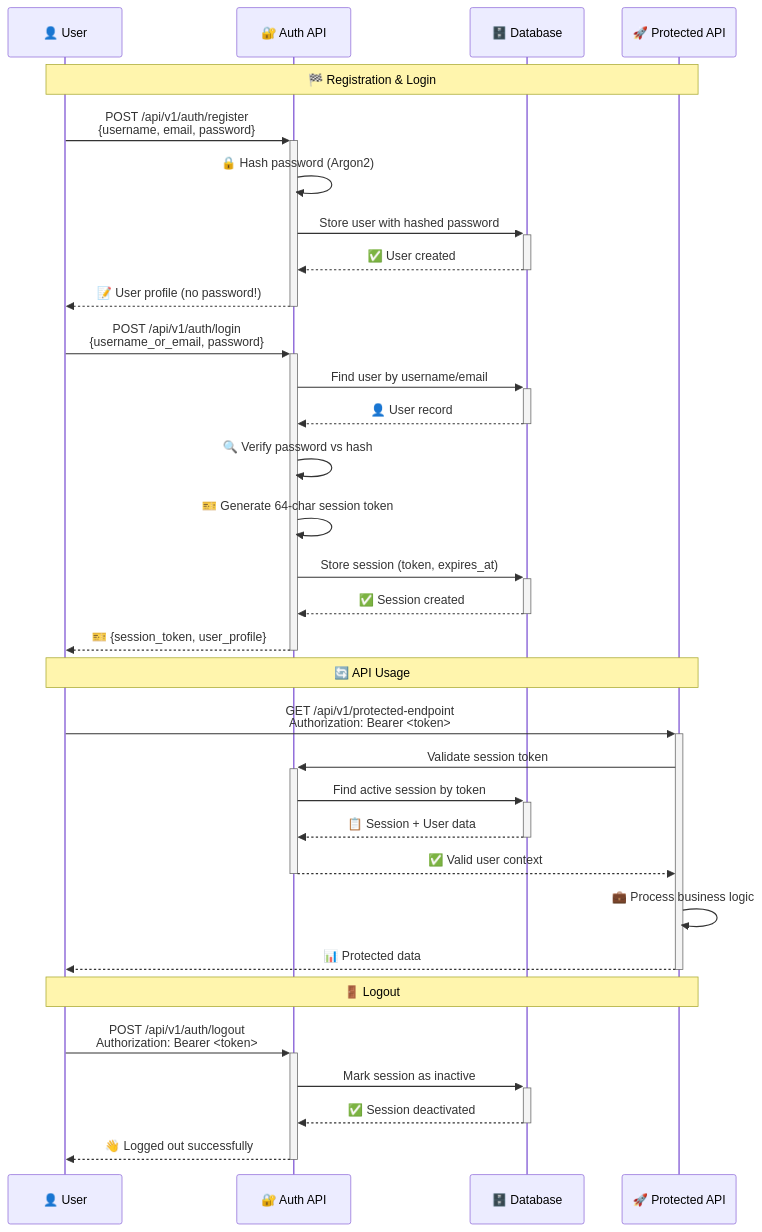
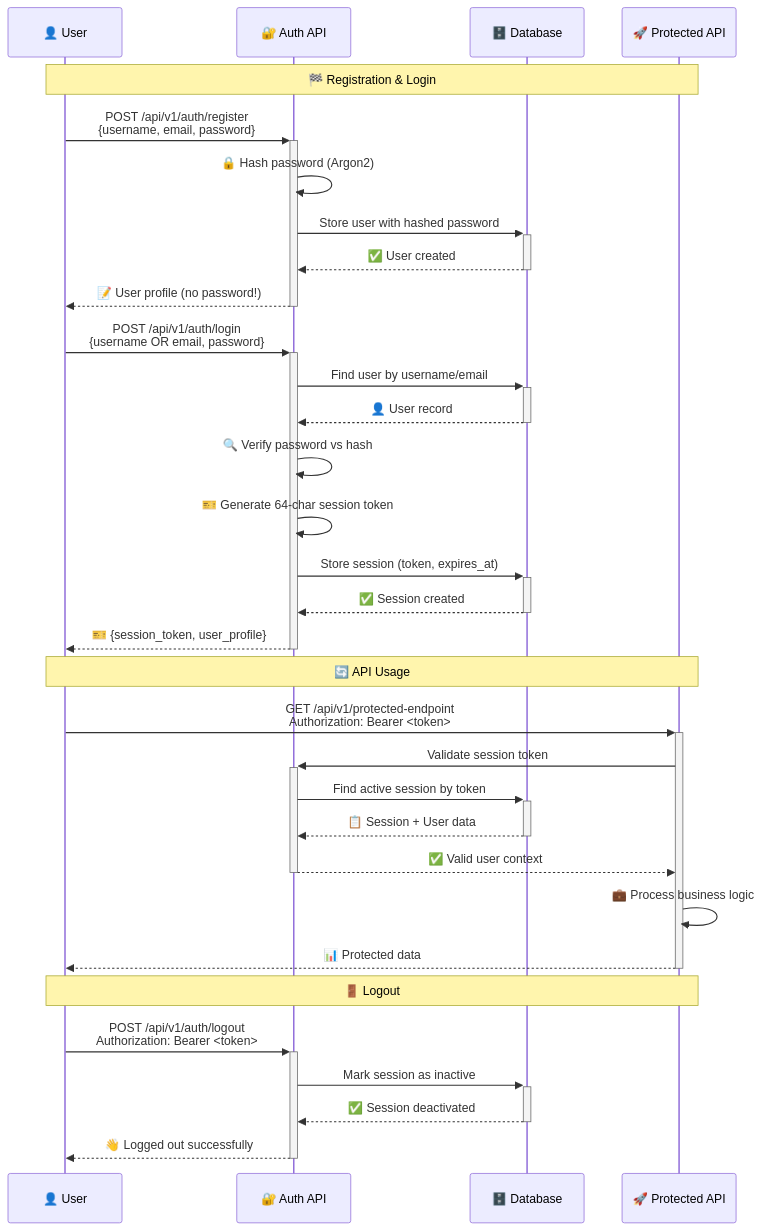
The second of 3 diagrams in docs/guides/02-authentication.md (quanhua92/rust-fullstack-starter), drawn with Mermaid before and after one commit. The commit also changed other lines of this file and 28 other files, not shown here.

First line of the commit message:
refactor: Replace username_or_email with separate username/email fields

````diff
--- a/docs/guides/02-authentication.md
+++ b/docs/guides/02-authentication.md
@@ -153,38 +153,38 @@
 ```mermaid
 sequenceDiagram
     participant U as 👤 User
     participant A as 🔐 Auth API
     participant D as 🗄️ Database
     participant P as 🚀 Protected API
     
     Note over U,P: 🏁 Registration & Login
     U->>+A: POST /api/v1/auth/register<br/>{username, email, password}
     A->>A: 🔒 Hash password (Argon2)
     A->>+D: Store user with hashed password
     D-->>-A: ✅ User created
     A-->>-U: 📝 User profile (no password!)
     
-    U->>+A: POST /api/v1/auth/login<br/>{username_or_email, password}
+    U->>+A: POST /api/v1/auth/login<br/>{username OR email, password}
     A->>+D: Find user by username/email
     D-->>-A: 👤 User record
     A->>A: 🔍 Verify password vs hash
     A->>A: 🎫 Generate 64-char session token
     A->>+D: Store session (token, expires_at)
     D-->>-A: ✅ Session created
     A-->>-U: 🎫 {session_token, user_profile}
     
     Note over U,P: 🔄 API Usage
     U->>+P: GET /api/v1/protected-endpoint<br/>Authorization: Bearer <token>
     P->>+A: Validate session token
     A->>+D: Find active session by token
     D-->>-A: 📋 Session + User data
     A-->>-P: ✅ Valid user context
     P->>P: 💼 Process business logic
     P-->>-U: 📊 Protected data
     
     Note over U,P: 🚪 Logout
     U->>+A: POST /api/v1/auth/logout<br/>Authorization: Bearer <token>
     A->>+D: Mark session as inactive
     D-->>-A: ✅ Session deactivated
     A-->>-U: 👋 Logged out successfully
 ```
````
